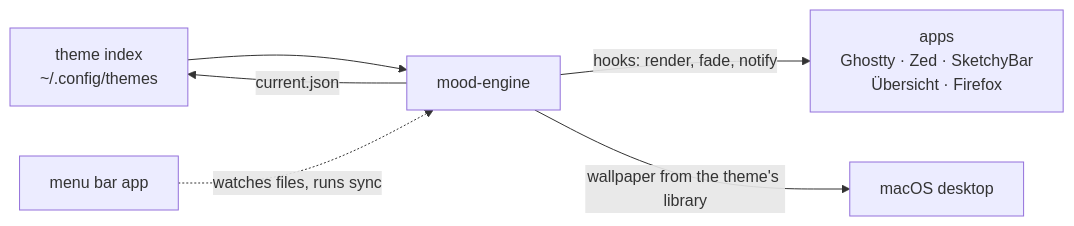
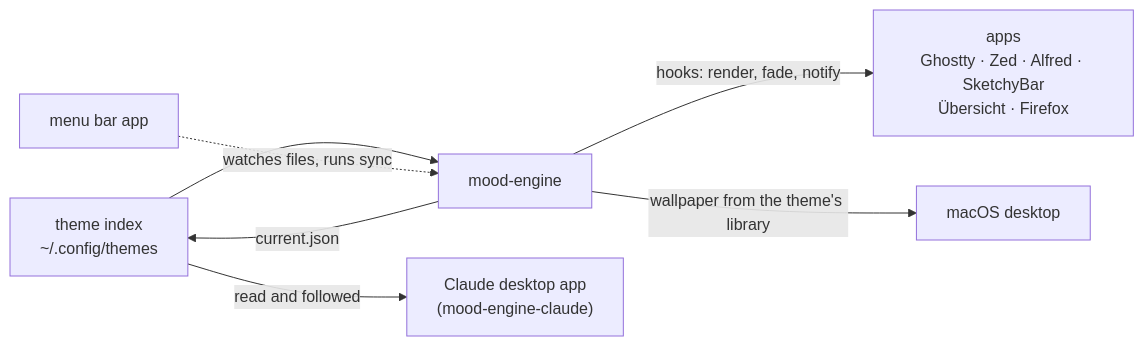
The diagram in README.md (paraversal/mood-engine), drawn with Mermaid before and after one commit. The commit also changed other lines of this file and 6 other files, not shown here.

First line of the commit message:
Add an Alfred preset, ship the theme-index skill, list the Claude mod

````diff
--- a/README.md
+++ b/README.md
@@ -44,8 +28,9 @@
 ```mermaid
 flowchart LR
   TI["theme index<br/>~/.config/themes"] --> ME[mood-engine]
   ME -->|"current.json"| TI
-  ME -->|"hooks: render, fade, notify"| APPS["apps<br/>Ghostty · Zed · SketchyBar<br/>Übersicht · Firefox"]
+  ME -->|"hooks: render, fade, notify"| APPS["apps<br/>Ghostty · Zed · Alfred · SketchyBar<br/>Übersicht · Firefox"]
   ME -->|"wallpaper from the theme's library"| DK[macOS desktop]
+  TI -->|"read and followed"| CL["Claude desktop app<br/>(mood-engine-claude)"]
   MB[menu bar app] -.->|"watches files, runs sync"| ME
 ```
````
